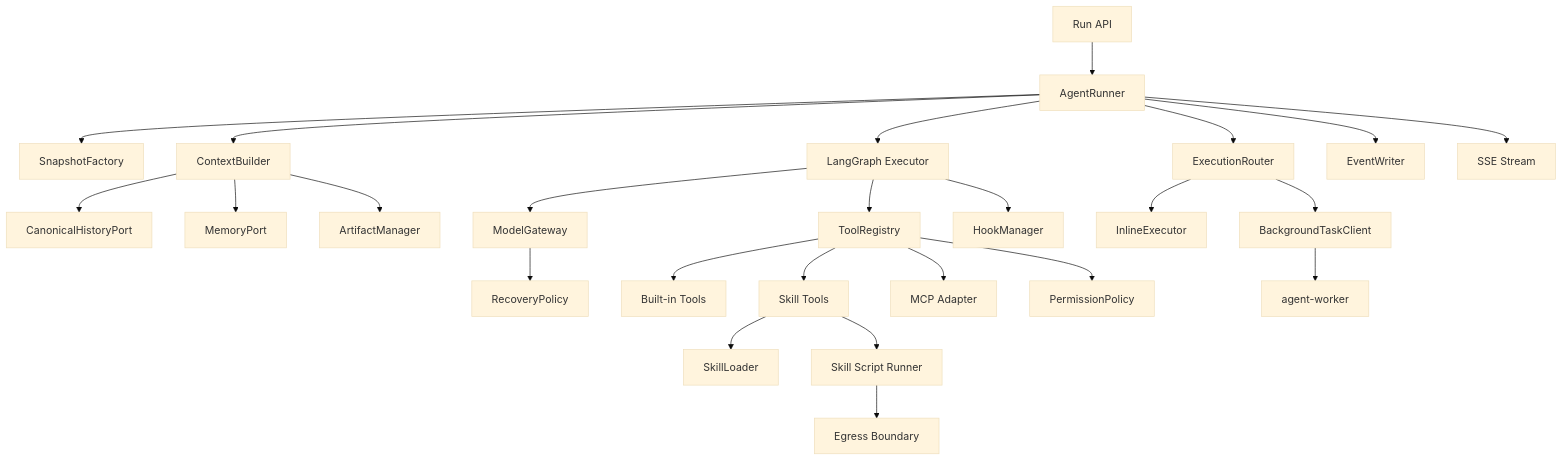
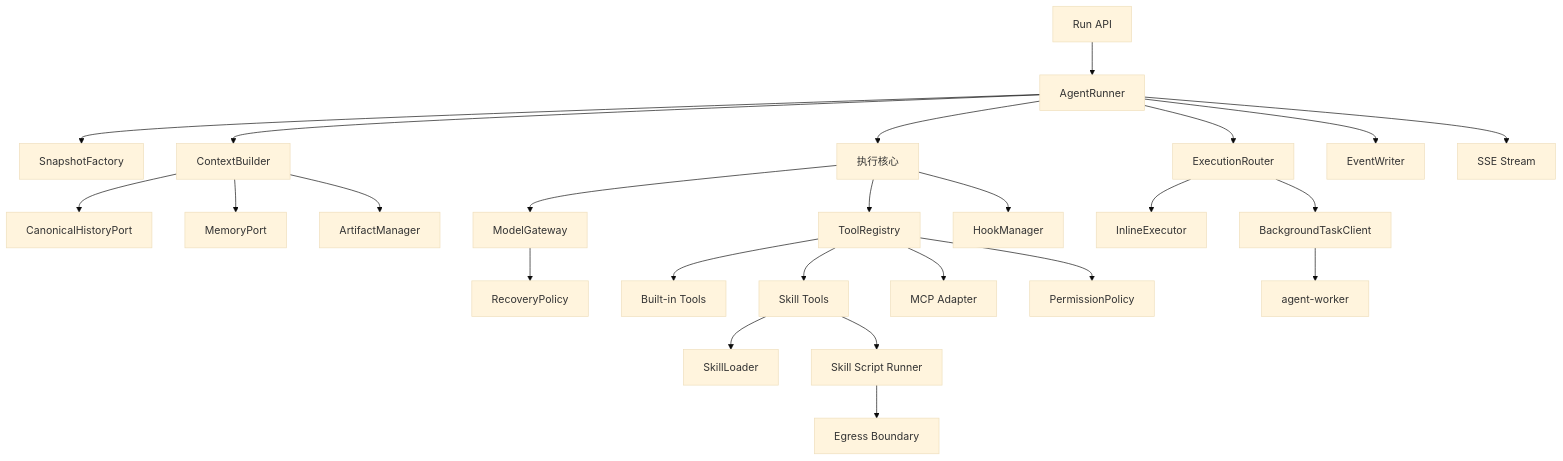
Before and after one commit to Michaelxwb/fluxion-harness: the first of 8 diagrams in docs/04-Agent-Runtime详细设计.md, drawn with Mermaid (base theme). The commit also changed other lines of this file and 14 other files, not shown here.

````diff
--- a/docs/04-Agent-Runtime详细设计.md
+++ b/docs/04-Agent-Runtime详细设计.md
@@ -42,33 +42,33 @@
 ```mermaid
 flowchart TB
     API[Run API] --> RUN[AgentRunner]
     RUN --> SNAP[SnapshotFactory]
     RUN --> CTX[ContextBuilder]
-    RUN --> GRAPH[LangGraph Executor]
+    RUN --> GRAPH[执行核心]
     RUN --> EROUTER[ExecutionRouter]
 
     GRAPH --> MODEL[ModelGateway]
     GRAPH --> TOOLS[ToolRegistry]
     TOOLS --> BUILTIN[Built-in Tools]
     TOOLS --> SKILL[Skill Tools]
     TOOLS --> MCP[MCP Adapter]
 
     SKILL --> LOADER[SkillLoader]
     SKILL --> SCRIPT[Skill Script Runner]
     SCRIPT --> EG[Egress Boundary]
 
     GRAPH --> HOOK[HookManager]
     TOOLS --> POLICY[PermissionPolicy]
     EROUTER --> INLINE[InlineExecutor]
     EROUTER --> BG[BackgroundTaskClient]
     BG --> WORKER[agent-worker]
 
     CTX --> HIST[CanonicalHistoryPort]
     CTX --> MEM[MemoryPort]
     CTX --> ART[ArtifactManager]
 
     MODEL --> REC[RecoveryPolicy]
 
     RUN --> EVT[EventWriter]
     RUN --> STREAM[SSE Stream]
 ```
````
